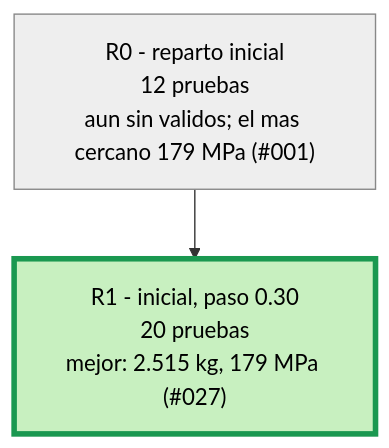
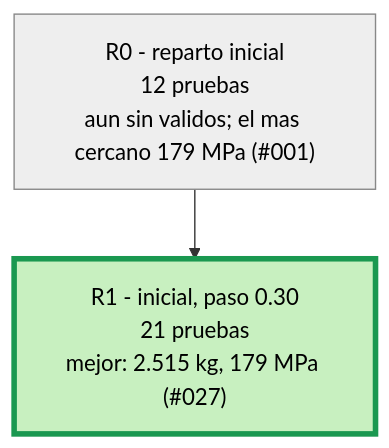
One commit to Hugiko/msd-soporte-optimizacion changed the second of 3 diagrams in runs/opt_37800N/ARBOL.md. Above: the diagram before and after it, drawn with Mermaid. The commit also changed 22 other files, not shown here.

````diff
--- a/runs/opt_37800N/ARBOL.md
+++ b/runs/opt_37800N/ARBOL.md
@@ -21,9 +21,9 @@
 ```mermaid
 graph TD
 classDef activa fill:#d6eaff,stroke:#1f6fb5,color:#000
 classDef fin fill:#eeeeee,stroke:#888,color:#000
 classDef mejor fill:#c8f0c0,stroke:#1a9850,stroke-width:4px,color:#000
 R0["R0 - reparto inicial<br/>12 pruebas<br/>aun sin validos; el mas cercano 179 MPa (#001)"]:::fin
-R1["R1 - inicial, paso 0.30<br/>20 pruebas<br/>mejor: 2.515 kg, 179 MPa (#027)"]:::mejor
+R1["R1 - inicial, paso 0.30<br/>21 pruebas<br/>mejor: 2.515 kg, 179 MPa (#027)"]:::mejor
 R0 --> R1
 ```
````
